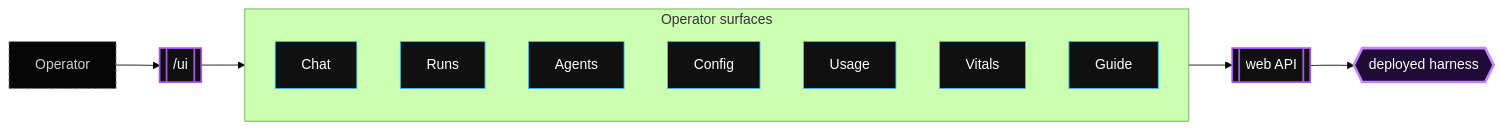
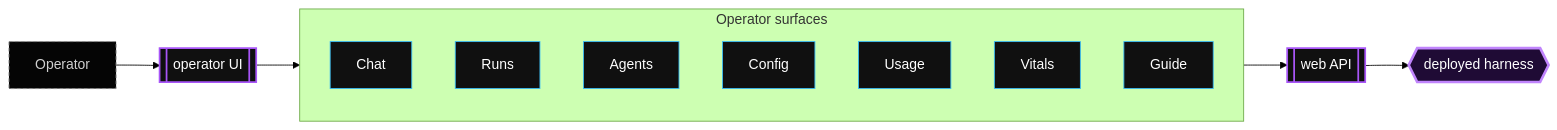
Before and after one commit to render-lab/render-agent-harness: the diagram in docs-site/src/content/docs/operator-ui.mdx, drawn with Mermaid (forest theme). The commit also changed other lines of this file and 11 other files, not shown here.

````diff
--- a/docs-site/src/content/docs/operator-ui.mdx
+++ b/docs-site/src/content/docs/operator-ui.mdx
@@ -8,32 +8,32 @@
 ```mermaid
 flowchart LR
   operator["Operator"]
-  ui[["/ui"]]
+  ui[["operator UI"]]
 
   subgraph tabs["Operator surfaces"]
     chat["Chat"]
     runs["Runs"]
     agents["Agents"]
     config["Config"]
     usage["Usage"]
     vitals["Vitals"]
     guide["Guide"]
   end
 
   api[["web API"]]
   harness{{"deployed harness"}}
 
   operator --> ui
   ui --> tabs
   tabs --> api
   api --> harness
 
   class operator role
   class ui,api surface
   class chat,runs,agents,config,usage,vitals,guide surfaceDetail
   class harness central
   classDef role fill:#050505,stroke:#8a8a8a,color:#d0d0d0,stroke-dasharray:4 3
   classDef surface fill:#101010,stroke:#a855f7,stroke-width:2px,color:#ffffff
   classDef surfaceDetail fill:#101010,stroke:#38bdf8,color:#ffffff
   classDef central fill:#1f0b35,stroke:#c084fc,stroke-width:3px,color:#ffffff
 ```
````
